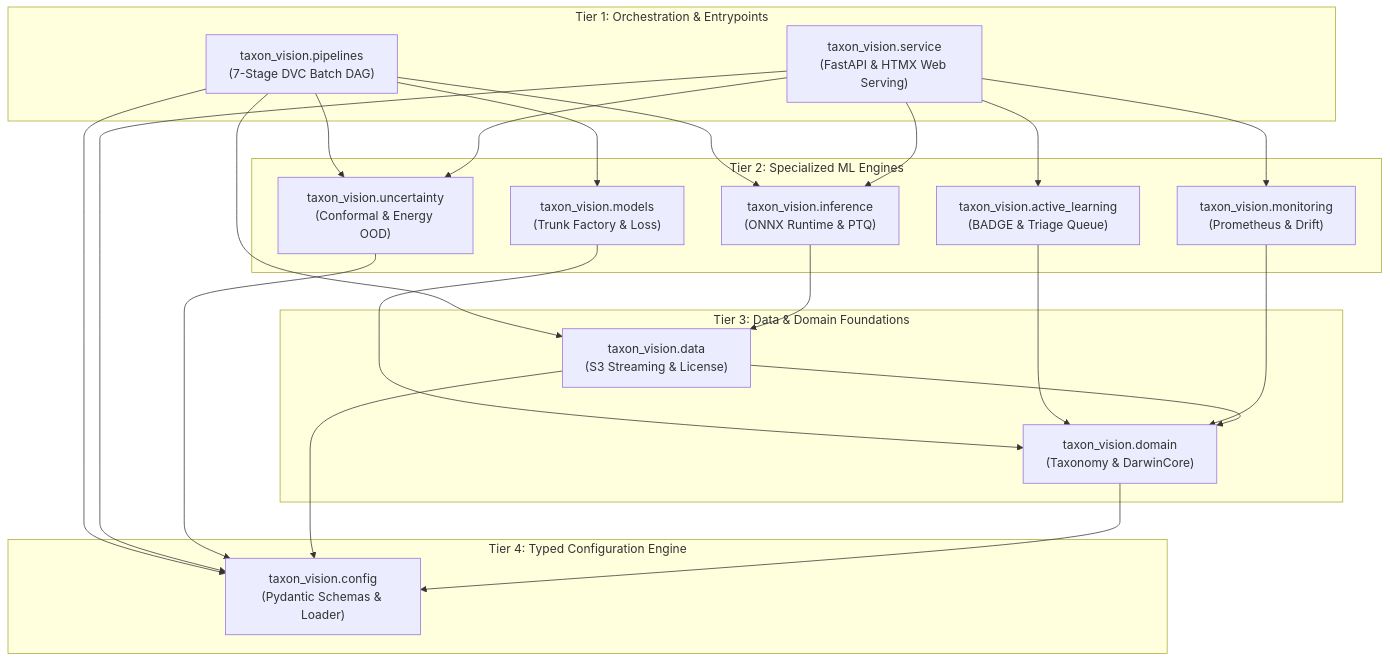
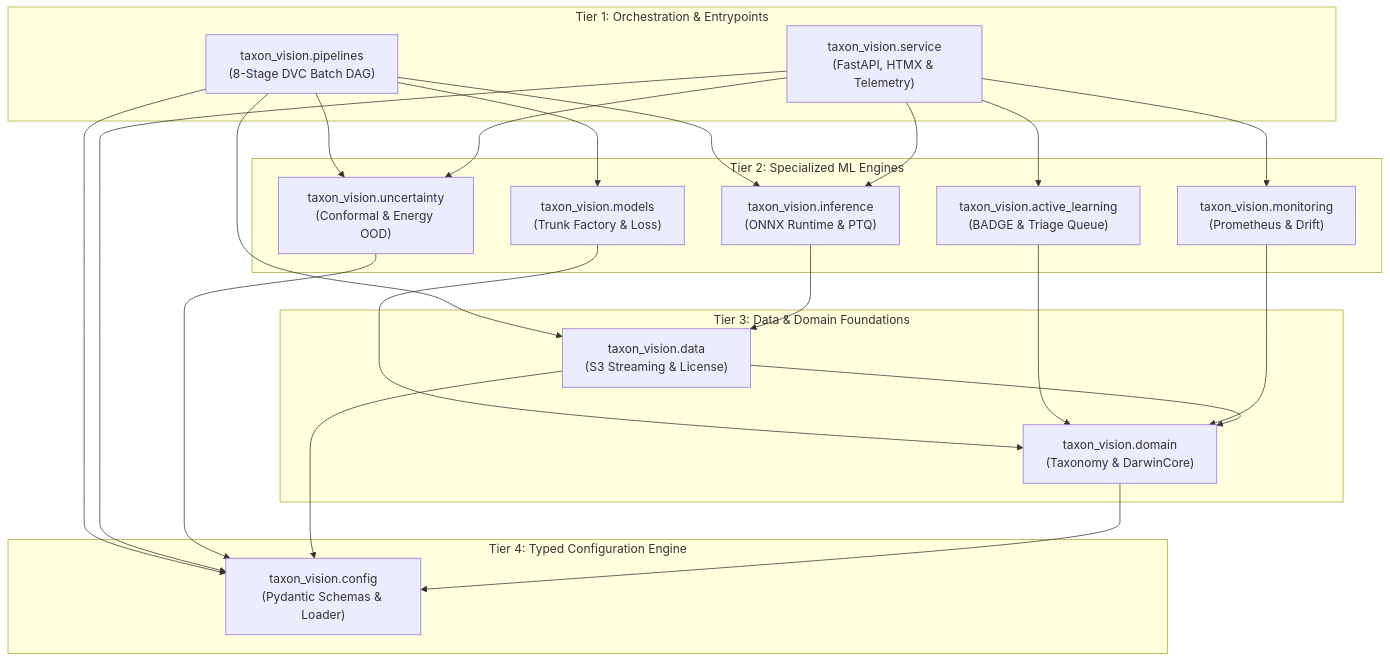
The diagram in docs/architecture/package_and_call_graph.md (foersben/taxon-vision-mlops), drawn with Mermaid before and after one commit. The commit also changed other lines of this file and 26 other files, not shown here.

````diff
--- a/docs/architecture/package_and_call_graph.md
+++ b/docs/architecture/package_and_call_graph.md
@@ -17,57 +17,57 @@
 ```mermaid
 flowchart TD
     subgraph T1["Tier 1: Orchestration & Entrypoints"]
-        P["taxon_vision.pipelines<br/>(7-Stage DVC Batch DAG)"]
-        S["taxon_vision.service<br/>(FastAPI & HTMX Web Serving)"]
+        P["taxon_vision.pipelines<br/>(8-Stage DVC Batch DAG)"]
+        S["taxon_vision.service<br/>(FastAPI, HTMX & Telemetry)"]
     end
 
     subgraph T2["Tier 2: Specialized ML Engines"]
         M["taxon_vision.models<br/>(Trunk Factory & Loss)"]
         I["taxon_vision.inference<br/>(ONNX Runtime & PTQ)"]
         U["taxon_vision.uncertainty<br/>(Conformal & Energy OOD)"]
         A["taxon_vision.active_learning<br/>(BADGE & Triage Queue)"]
         MON["taxon_vision.monitoring<br/>(Prometheus & Drift)"]
     end
 
     subgraph T3["Tier 3: Data & Domain Foundations"]
         D["taxon_vision.data<br/>(S3 Streaming & License)"]
         DOM["taxon_vision.domain<br/>(Taxonomy & DarwinCore)"]
     end
 
     subgraph T4["Tier 4: Typed Configuration Engine"]
         C["taxon_vision.config<br/>(Pydantic Schemas & Loader)"]
     end
 
     P --> M
     P --> I
     P --> U
     P --> D
     P --> C
 
     S --> I
     S --> U
     S --> A
     S --> MON
     S --> C
 
     M --> DOM
     I --> D
     U --> C
     A --> DOM
     MON --> DOM
 
     D --> DOM
     D --> C
     DOM --> C
 
     click P "#subpackage-1-pipelines-taxon_visionpipelines" "View pipelines reference"
     click S "#subpackage-2-service-taxon_visionservice" "View service reference"
     click M "#subpackage-3-models-taxon_visionmodels" "View models reference"
     click I "#subpackage-4-inference-taxon_visioninference" "View inference reference"
     click U "#subpackage-5-uncertainty-taxon_visionuncertainty" "View uncertainty reference"
     click A "#subpackage-6-active-learning-taxon_visionactive_learning" "View active learning reference"
     click MON "#subpackage-7-monitoring-taxon_visionmonitoring" "View monitoring reference"
     click D "#subpackage-8-data-taxon_visiondata" "View data reference"
     click DOM "#subpackage-9-domain-taxon_visiondomain" "View domain reference"
     click C "#subpackage-10-config-taxon_visionconfig" "View config reference"
 ```
````
